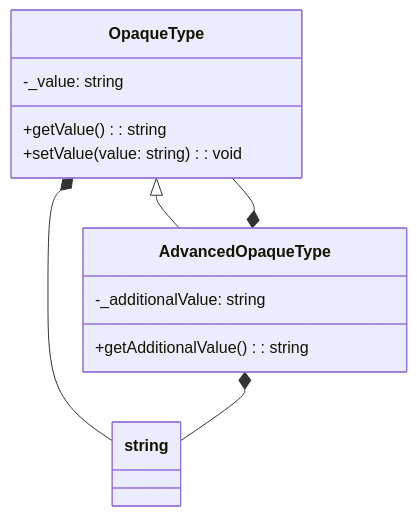
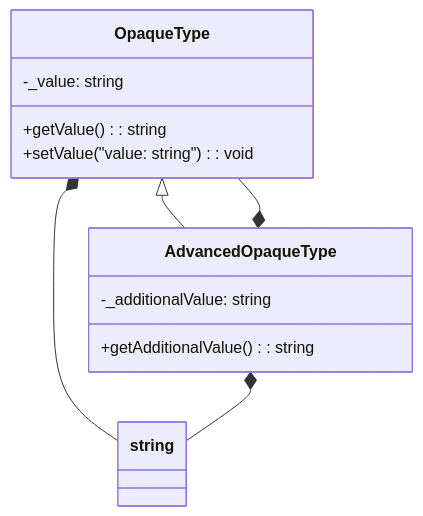
The diagram in docs/notes/typescript/5_Advanced_Patterns/Opaque_Types_Pattern.md (baaghinitesh/dailly-notes), drawn with Mermaid before and after one commit. The commit also changed 68 other files, not shown here.

Commit message:
Enhancement: Global aggressive Mermaid syntax repair (65 files fixed)

````diff
--- a/docs/notes/typescript/5_Advanced_Patterns/Opaque_Types_Pattern.md
+++ b/docs/notes/typescript/5_Advanced_Patterns/Opaque_Types_Pattern.md
@@ -100,18 +100,18 @@
 ```mermaid
 classDiagram
   class OpaqueType {
     -_value: string
     +getValue(): string
-    +setValue(value: string): void
+    +setValue("value: string"): void
   }
 
   class AdvancedOpaqueType {
     -_additionalValue: string
     +getAdditionalValue(): string
   }
 
   OpaqueType <|-- AdvancedOpaqueType
   AdvancedOpaqueType *-- OpaqueType
   OpaqueType *-- string
   AdvancedOpaqueType *-- string
 ```
````
